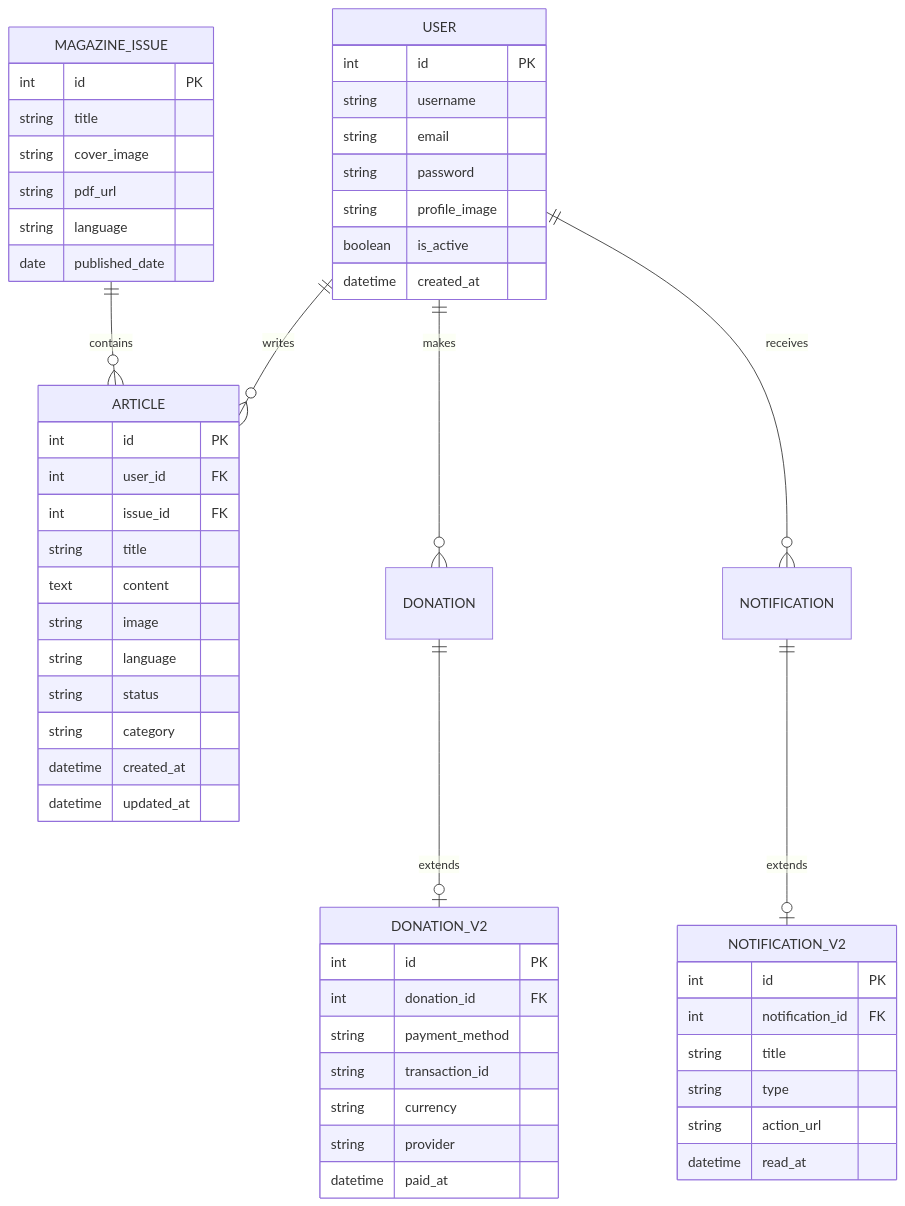
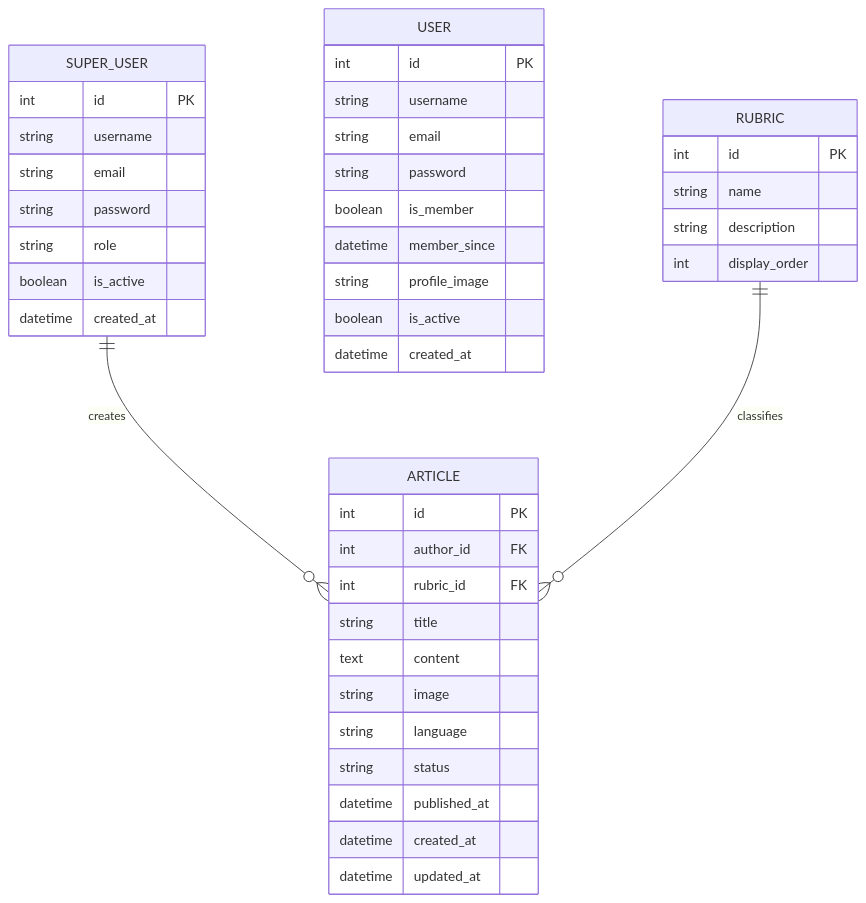
One commit to Gigi-Corlay/portfolioLionessMagazine changed the third of 4 diagrams in lioness_project/README.md. Above: the diagram before and after it, drawn with Mermaid.

````diff
--- a/lioness_project/README.md
+++ b/lioness_project/README.md
@@ -118,66 +118,49 @@
 ```mermaid
 erDiagram
+
+    SUPER_USER {
+        int id PK
+        string username
+        string email
+        string password
+        string role
+        boolean is_active
+        datetime created_at
+    }
 
     USER {
         int id PK
         string username
         string email
         string password
+        boolean is_member
+        datetime member_since
         string profile_image
         boolean is_active
         datetime created_at
     }
 
-    MAGAZINE_ISSUE {
+    RUBRIC {
         int id PK
-        string title
-        string cover_image
-        string pdf_url
-        string language
-        date published_date
+        string name
+        string description
+        int display_order
     }
 
     ARTICLE {
         int id PK
-        int user_id FK
-        int issue_id FK
+        int author_id FK
+        int rubric_id FK
         string title
         text content
         string image
         string language
         string status
-        string category
+        datetime published_at
         datetime created_at
         datetime updated_at
     }
 
-    %% Future Version 2
-    DONATION_V2 {
-        int id PK
-        int donation_id FK
-        string payment_method
-        string transaction_id
-        string currency
-        string provider
-        datetime paid_at
-    }
-
-
-    %% Future Version 2
-    NOTIFICATION_V2 {
-        int id PK
-        int notification_id FK
-        string title
-        string type
-        string action_url
-        datetime read_at
-    }
-
-    USER ||--o{ ARTICLE : writes
-    MAGAZINE_ISSUE ||--o{ ARTICLE : contains
-    USER ||--o{ DONATION : makes
-    USER ||--o{ NOTIFICATION : receives
-
-    DONATION ||--o| DONATION_V2 : extends
-    NOTIFICATION ||--o| NOTIFICATION_V2 : extends
+    SUPER_USER ||--o{ ARTICLE : creates
+    RUBRIC ||--o{ ARTICLE : classifies
 ```
````
